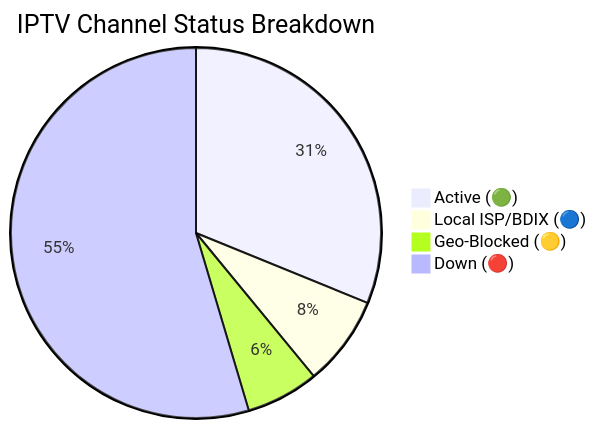
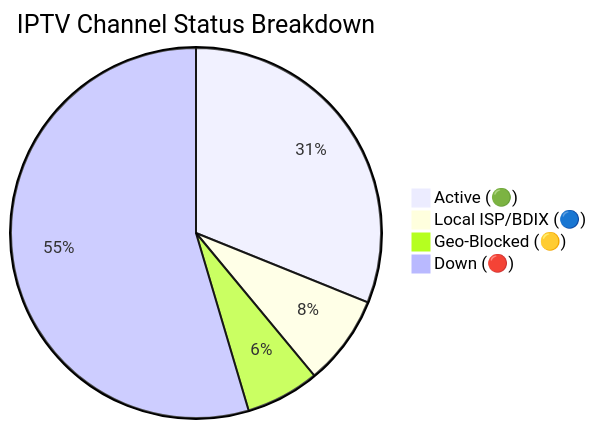
The diagram in README.md (Zaman-Topu/Ip-tv-Collection), drawn with Mermaid before and after one commit. The commit also changed other lines of this file and 6 other files, not shown here.

````diff
--- a/README.md
+++ b/README.md
@@ -149,7 +149,7 @@
 ```mermaid
 pie title IPTV Channel Status Breakdown
-    "Active (🟢)" : 10648
-    "Local ISP/BDIX (🔵)" : 2693
-    "Geo-Blocked (🟡)" : 2172
-    "Down (🔴)" : 18658
+    "Active (🟢)" : 10651
+    "Local ISP/BDIX (🔵)" : 2695
+    "Geo-Blocked (🟡)" : 2203
+    "Down (🔴)" : 18691
 ```
````
